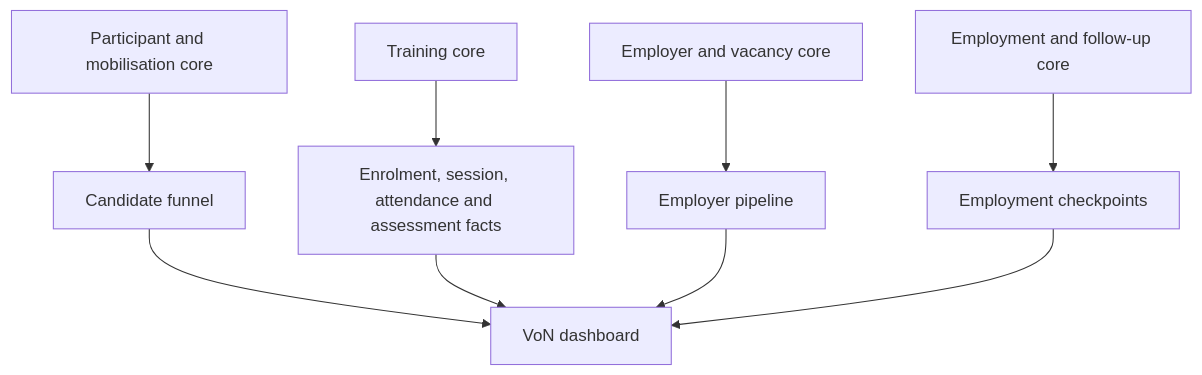
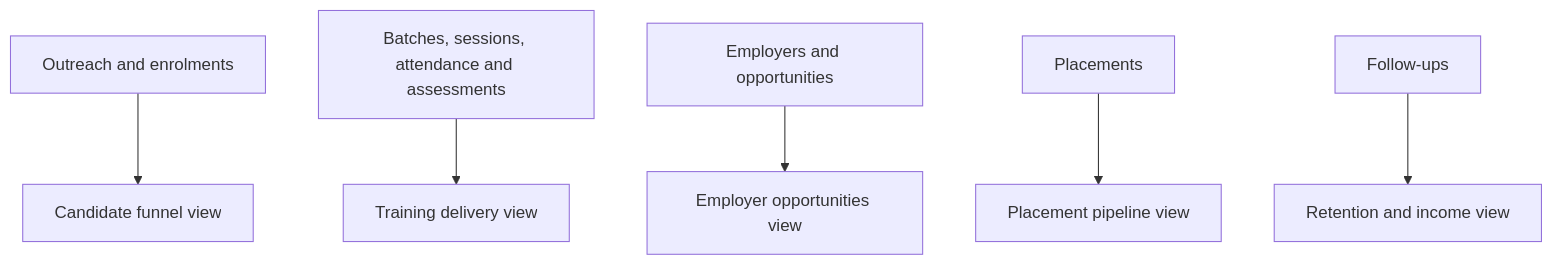
Before and after one commit to VoiceofNeedyFoundation/von-integrated-data-system: the diagram in docs/dashboard-data-model.md, drawn with Mermaid. The commit also changed other lines of this file, not shown here.

Commit message:
Replace dashboard facts with five reporting views

````diff
--- a/docs/dashboard-data-model.md
+++ b/docs/dashboard-data-model.md
@@ -30,11 +15,8 @@
 ```mermaid
 flowchart TD
-    A["Participant and mobilisation core"] --> F1["Candidate funnel"]
-    B["Training core"] --> F2["Enrolment, session, attendance and assessment facts"]
-    C["Employer and vacancy core"] --> F3["Employer pipeline"]
-    D["Employment and follow-up core"] --> F4["Employment checkpoints"]
-    F1 --> Z["VoN dashboard"]
-    F2 --> Z
-    F3 --> Z
-    F4 --> Z
+    A["Outreach and enrolments"] --> V1["Candidate funnel view"]
+    B["Batches, sessions, attendance and assessments"] --> V2["Training delivery view"]
+    C["Employers and opportunities"] --> V3["Employer opportunities view"]
+    D["Placements"] --> V4["Placement pipeline view"]
+    E["Follow-ups"] --> V5["Retention and income view"]
 ```
````
